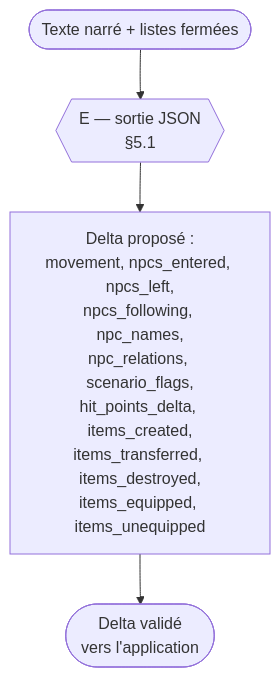
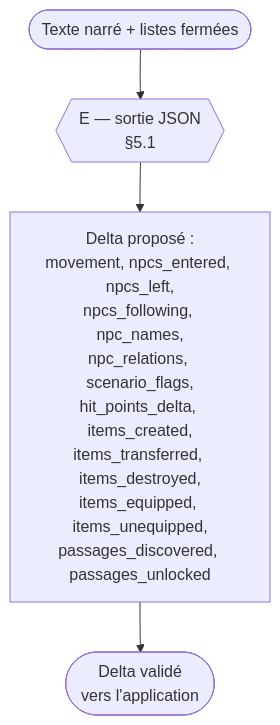
Before and after one commit to cyrilpointet/wanderlore: the ninth of 14 diagrams in doc/flux-backend-tour-de-jeu-mj-virtuel.md, drawn with Mermaid. The commit also changed other lines of this file and 6 other files, not shown here.

````diff
--- a/doc/flux-backend-tour-de-jeu-mj-virtuel.md
+++ b/doc/flux-backend-tour-de-jeu-mj-virtuel.md
@@ -290,6 +296,6 @@
 ```mermaid
 flowchart TD
     A([Texte narré + listes fermées]) --> B{{E — sortie JSON<br/>§5.1}}
-    B --> C["Delta proposé :<br/>movement, npcs_entered, npcs_left,<br/>npcs_following, npc_names,<br/>npc_relations, scenario_flags,<br/>hit_points_delta, items_created,<br/>items_transferred, items_destroyed,<br/>items_equipped, items_unequipped"]
+    B --> C["Delta proposé :<br/>movement, npcs_entered, npcs_left,<br/>npcs_following, npc_names,<br/>npc_relations, scenario_flags,<br/>hit_points_delta, items_created,<br/>items_transferred, items_destroyed,<br/>items_equipped, items_unequipped,<br/>passages_discovered, passages_unlocked"]
     C --> D([Delta validé<br/>vers l'application])
 ```
````
